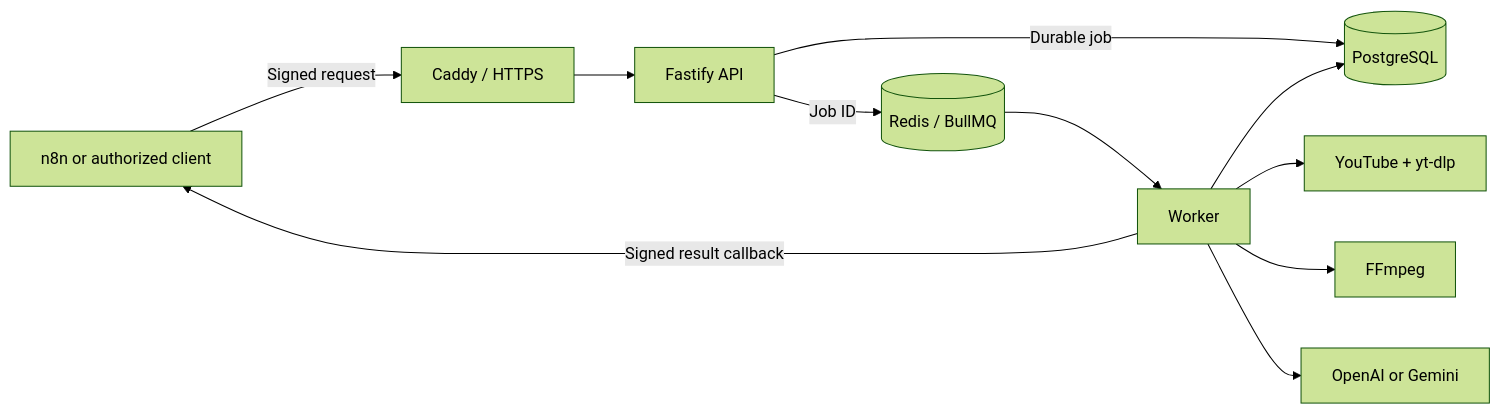
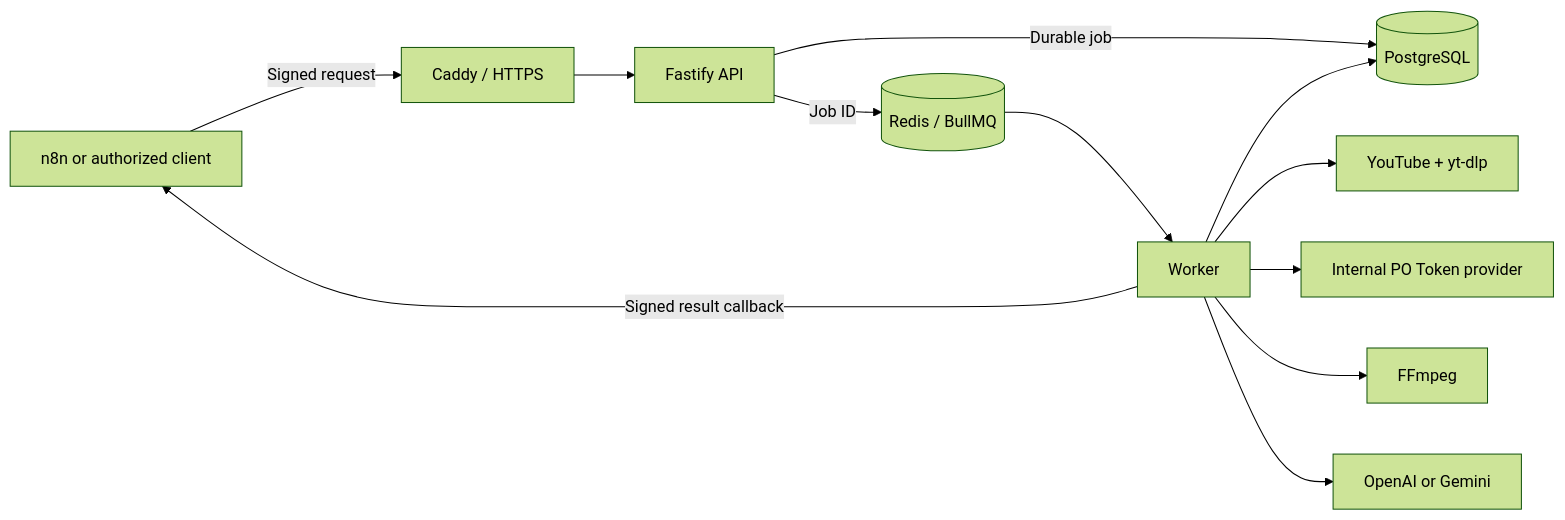
Before and after one commit to rierale0/etm-class-engine: the diagram in README.md, drawn with Mermaid (forest theme). The commit also changed other lines of this file and 12 other files, not shown here.

First line of the commit message:
Add automatic YouTube PO Token provider (#6)

````diff
--- a/README.md
+++ b/README.md
@@ -27,13 +27,14 @@
 ```mermaid
 flowchart LR
     N["n8n or authorized client"] -->|"Signed request"| C["Caddy / HTTPS"]
     C --> A["Fastify API"]
     A -->|"Durable job"| P[("PostgreSQL")]
     A -->|"Job ID"| Q[("Redis / BullMQ")]
     Q --> W["Worker"]
     W --> Y["YouTube + yt-dlp"]
+    W --> T["Internal PO Token provider"]
     W --> F["FFmpeg"]
     W --> O["OpenAI or Gemini"]
     W --> P
     W -->|"Signed result callback"| N
 ```
````
